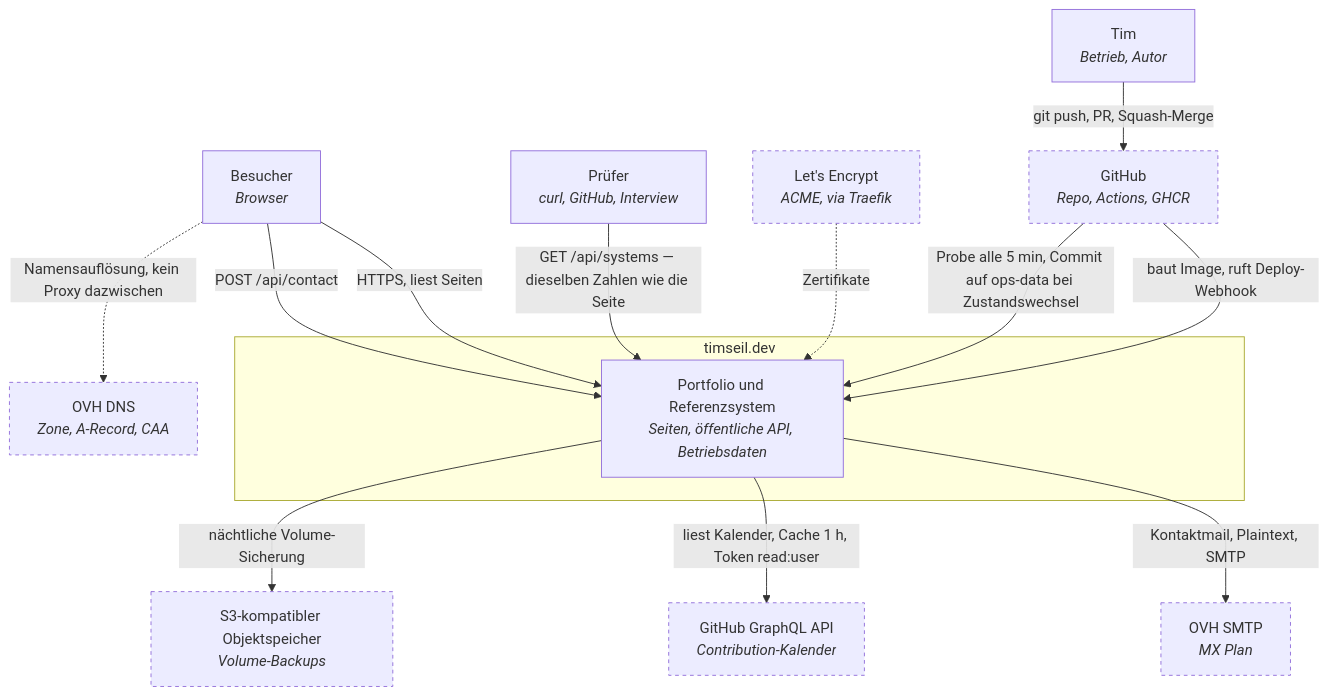
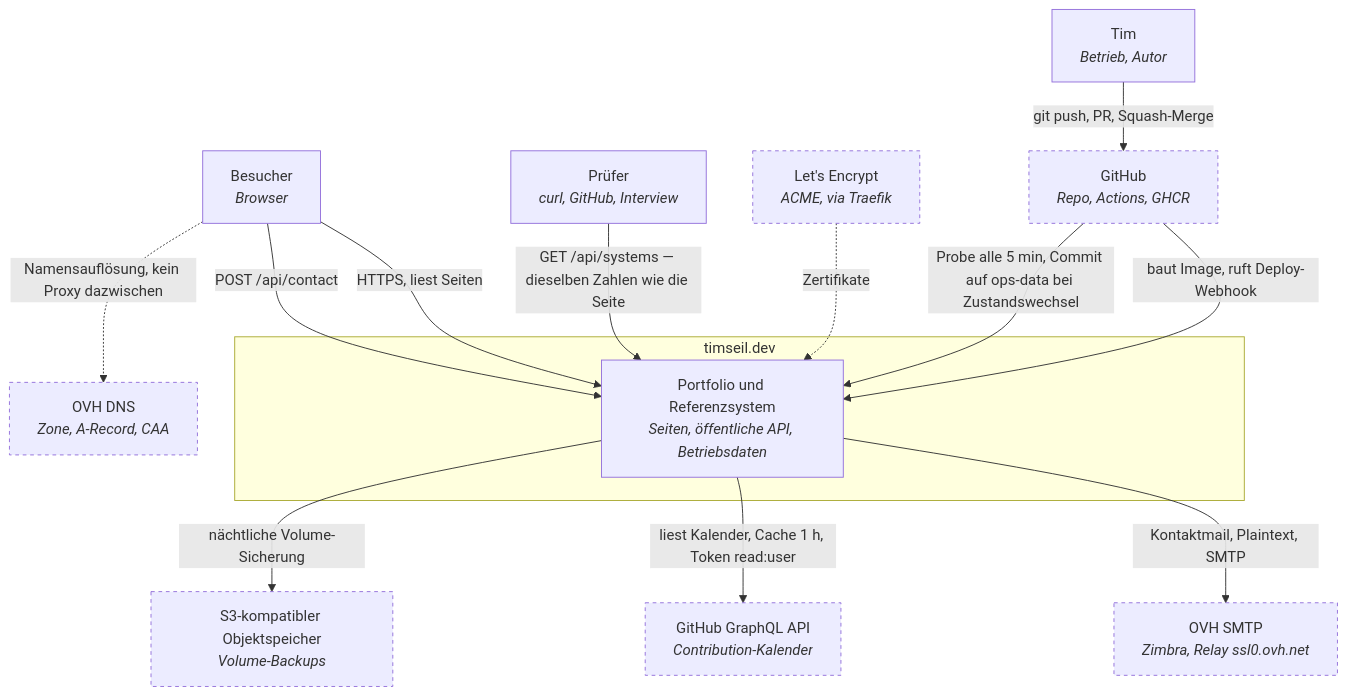
The diagram in docs/architecture/c4-context.md (G1NG4R/timseil-dev), drawn with Mermaid before and after one commit. The commit also changed 15 other files, not shown here.

First line of the commit message:
feat(mail): the zone that already stood, a selector nobody could guess, and the relay behind a proxy (#122)

````diff
--- a/docs/architecture/c4-context.md
+++ b/docs/architecture/c4-context.md
@@ -10,34 +10,34 @@
 ```mermaid
 flowchart TB
     visitor["Besucher<br/><i>Browser</i>"]
     checker["Prüfer<br/><i>curl, GitHub, Interview</i>"]
     tim["Tim<br/><i>Betrieb, Autor</i>"]
 
     subgraph sys ["timseil.dev"]
         core["Portfolio und Referenzsystem<br/><i>Seiten, öffentliche API, Betriebsdaten</i>"]
     end
 
     dns["OVH DNS<br/><i>Zone, A-Record, CAA</i>"]
-    mail["OVH SMTP<br/><i>MX Plan</i>"]
+    mail["OVH SMTP<br/><i>Zimbra, Relay ssl0.ovh.net</i>"]
     acme["Let's Encrypt<br/><i>ACME, via Traefik</i>"]
     gh["GitHub<br/><i>Repo, Actions, GHCR</i>"]
     ghapi["GitHub GraphQL API<br/><i>Contribution-Kalender</i>"]
     s3["S3-kompatibler Objektspeicher<br/><i>Volume-Backups</i>"]
 
     visitor -->|"HTTPS, liest Seiten"| core
     checker -->|"GET /api/systems — dieselben Zahlen wie die Seite"| core
     visitor -->|"POST /api/contact"| core
     tim -->|"git push, PR, Squash-Merge"| gh
 
     core -->|"Kontaktmail, Plaintext, SMTP"| mail
     core -->|"liest Kalender, Cache 1 h, Token read:user"| ghapi
     core -->|"nächtliche Volume-Sicherung"| s3
 
     visitor -.->|"Namensauflösung, kein Proxy dazwischen"| dns
     acme -.->|"Zertifikate"| core
     gh -->|"baut Image, ruft Deploy-Webhook"| core
     gh -->|"Probe alle 5 min, Commit auf ops-data bei Zustandswechsel"| core
 
     classDef ext stroke-dasharray: 4 4;
     class dns,mail,acme,gh,ghapi,s3 ext;
 ```
````
